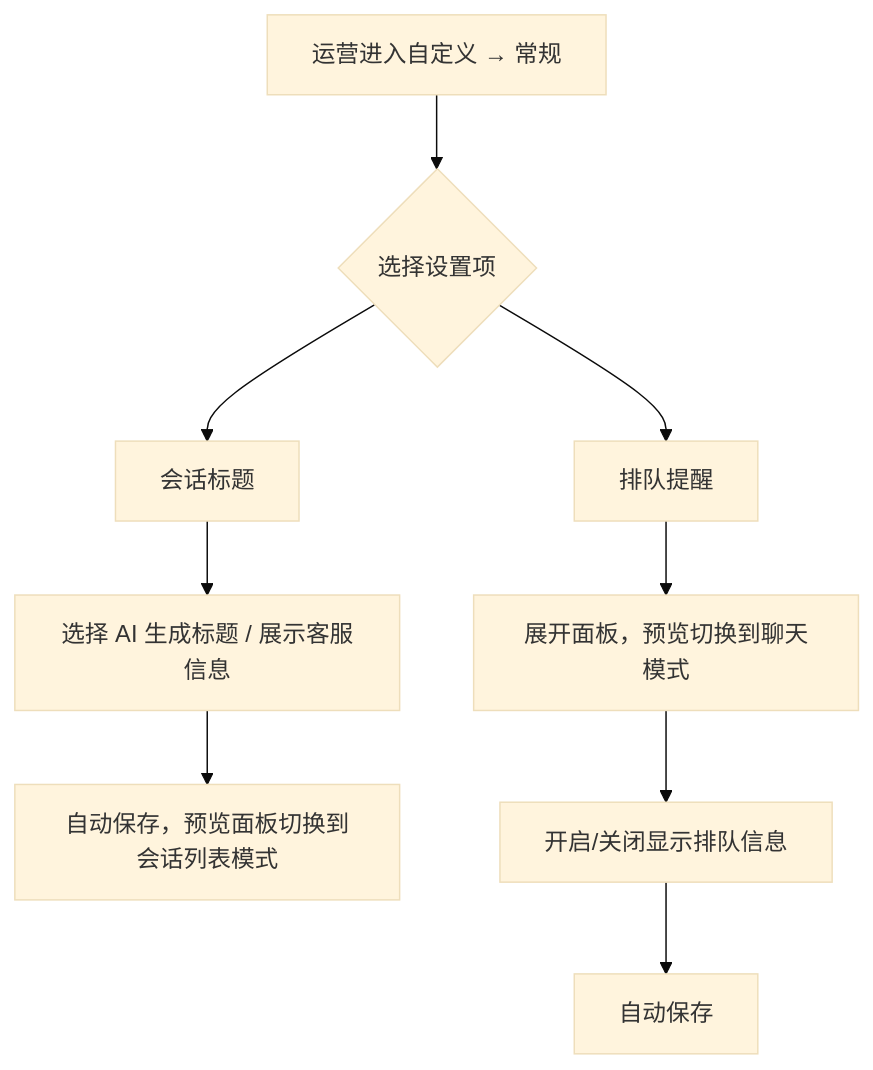
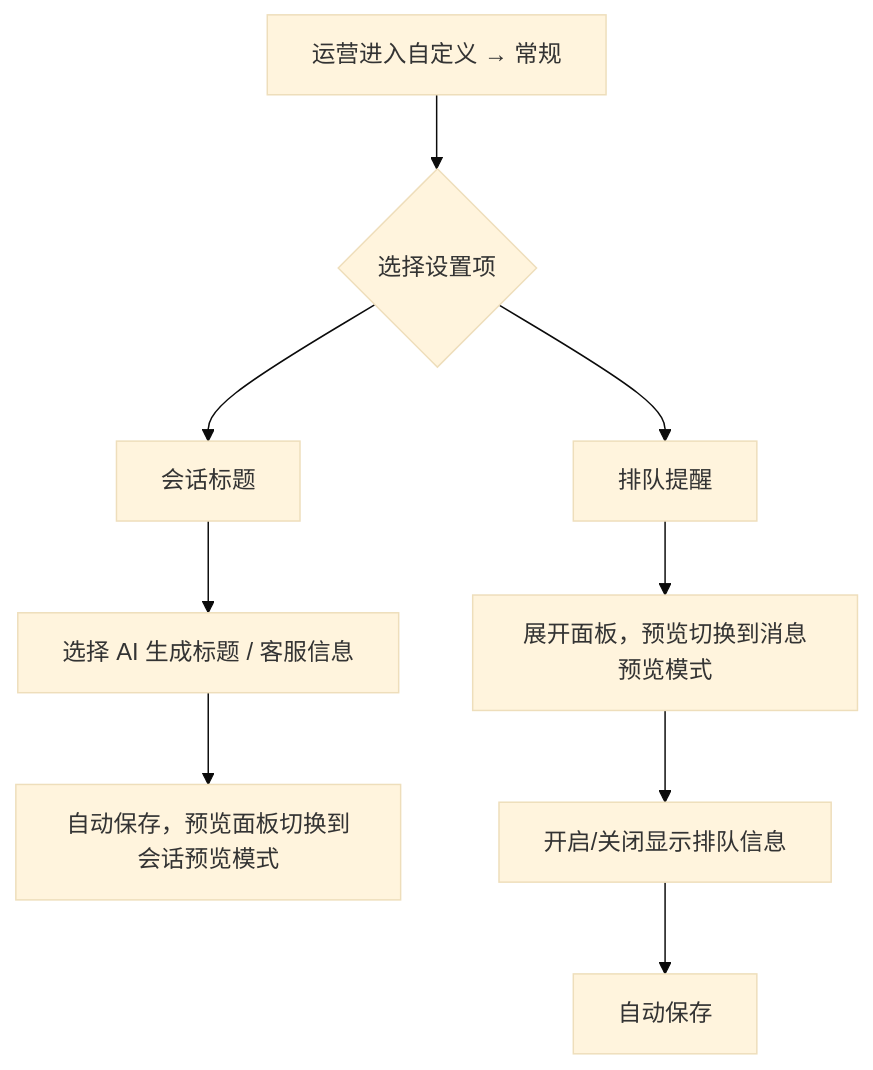
One commit to goeye/twt changed the second of 2 diagrams in docs/PRD-自定义会话标题与排队提醒.md. Above: the diagram before and after it, drawn with Mermaid (base theme). The commit also changed other lines of this file, not shown here.

````diff
--- a/docs/PRD-自定义会话标题与排队提醒.md
+++ b/docs/PRD-自定义会话标题与排队提醒.md
@@ -65,11 +63,11 @@
 ```mermaid
 flowchart TD
   A[运营进入自定义 → 常规] --> B{选择设置项}
   B --> C[会话标题]
   B --> D[排队提醒]
-  C --> C1[选择 AI 生成标题 / 展示客服信息]
-  C1 --> C2[自动保存，预览面板切换到会话列表模式]
-  D --> D1[展开面板，预览切换到聊天模式]
+  C --> C1[选择 AI 生成标题 / 客服信息]
+  C1 --> C2[自动保存，预览面板切换到会话预览模式]
+  D --> D1[展开面板，预览切换到消息预览模式]
   D1 --> D2[开启/关闭显示排队信息]
   D2 --> D3[自动保存]
 ```
````
